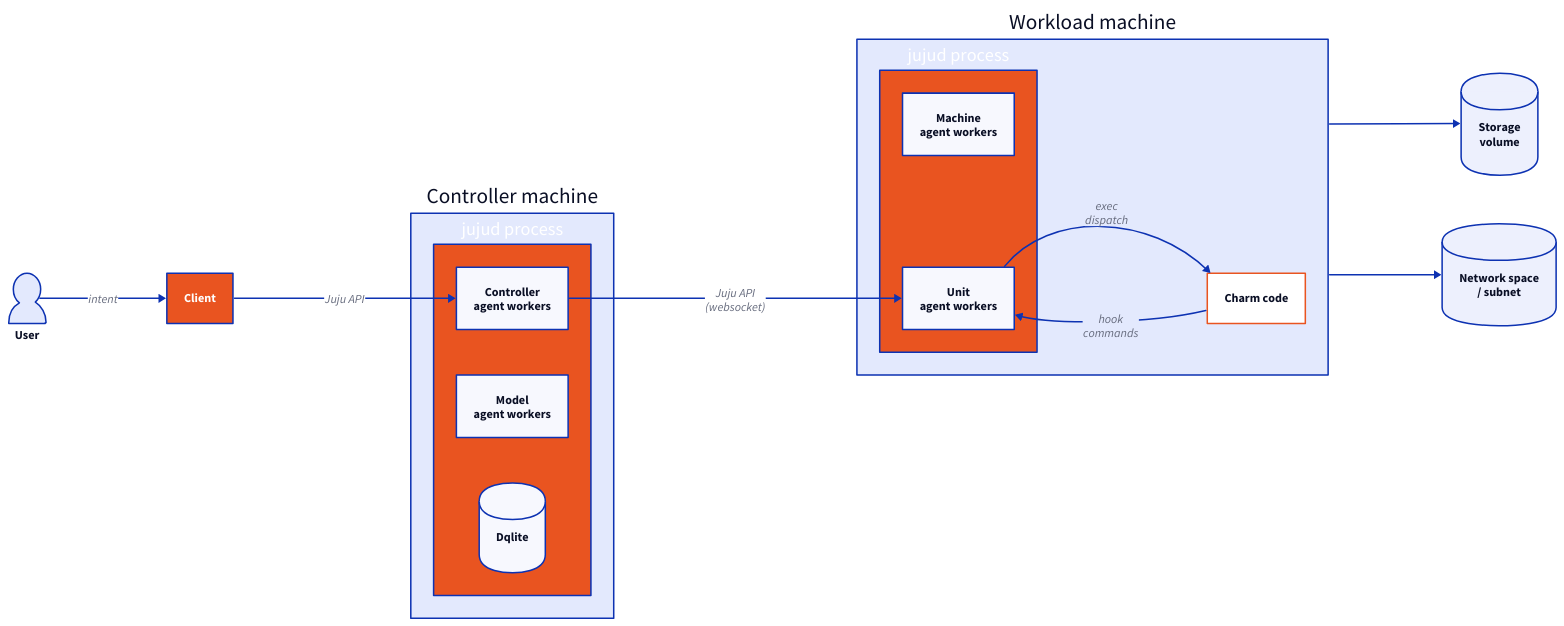
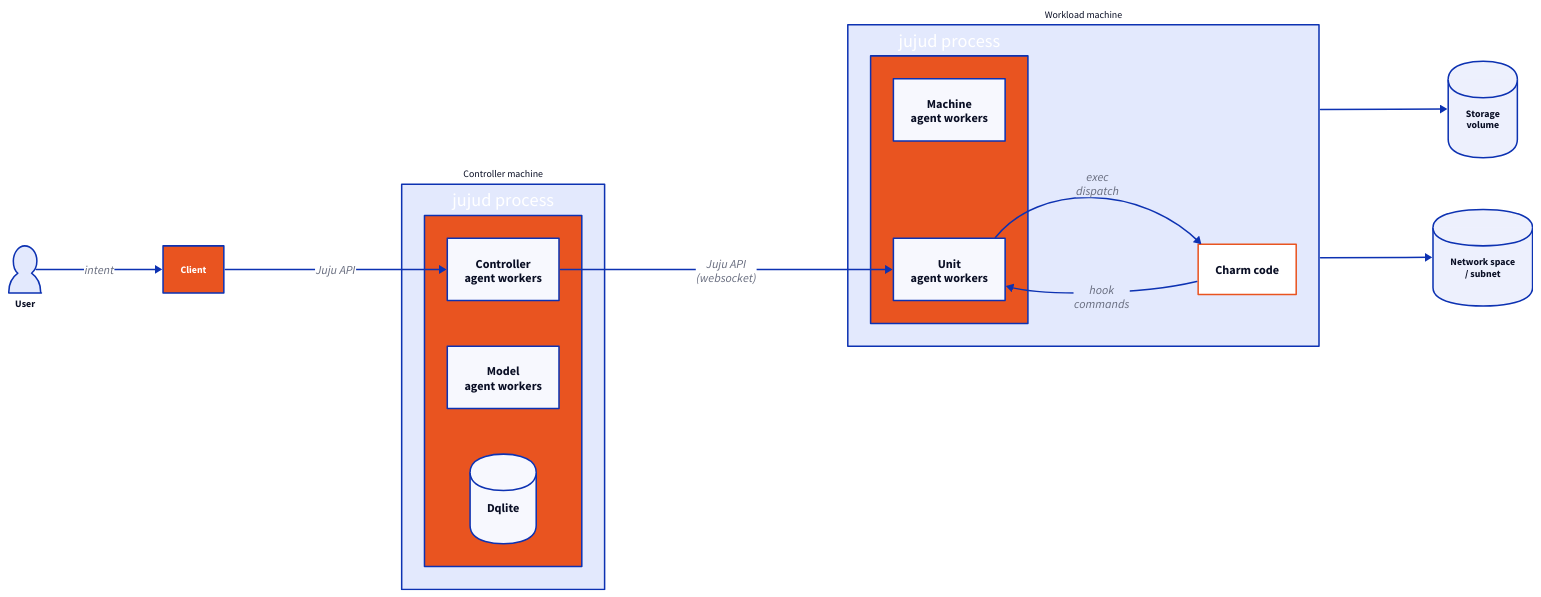
Before and after one commit to juju/juju: the second of 11 diagrams in docs/explanation/architecture.md, drawn with D2. The commit also changed other lines of this file and 1 other file, not shown here.

Commit message:
build(docs): fix lightbox groups and increase diagram font size
Extension (v0.4.0):
- Bypass lightbox2 node visitor; emit raw HTML with per-diagram unique
  lightbox group names (d2-<hash>-light, d2-<hash>-dark)
- Light and dark variants of the same diagram are in separate groups
  so lightbox > never jumps between mode variants
- Wrap both variants in only-light/only-dark divs for CSS switching
- Add urllib.parse import for correct URI encoding

Diagrams:
- Set *.style.font-size: 13 globally in both diagrams for larger text

````diff
--- a/docs/explanation/architecture.md
+++ b/docs/explanation/architecture.md
@@ -162,45 +164,47 @@
 ```{d2}
 direction: right
+
+*.style.font-size: 13
 
 user.shape: person
 user.label: "User"
 
 client: "Client" {
   style.fill: "#E95420"
   style.font-color: white
 }
 
 controller_machine: "Controller machine" {
   jujud_ctrl: "jujud process" {
     style.fill: "#E95420"
     style.font-color: white
     ca: "Controller\nagent workers"
     ma: "Model\nagent workers"
     db: "Dqlite" {shape: cylinder}
   }
 }
 
 workload_machine: "Workload machine" {
   jujud_unit: "jujud process" {
     style.fill: "#E95420"
     style.font-color: white
     mach_a: "Machine\nagent workers"
     unit_a: "Unit\nagent workers"
   }
   charm: "Charm code" {
     style.fill: white
     style.stroke: "#E95420"
   }
 }
 
 storage: "Storage\nvolume" {shape: cylinder}
 network: "Network space\n/ subnet" {shape: cylinder}
 
 user -> client: "intent"
 client -> controller_machine.jujud_ctrl.ca: "Juju API"
 controller_machine.jujud_ctrl.ca -> workload_machine.jujud_unit.unit_a: "Juju API\n(websocket)"
 workload_machine.jujud_unit.unit_a -> workload_machine.charm: "exec\ndispatch"
 workload_machine.charm -> workload_machine.jujud_unit.unit_a: "hook\ncommands"
 workload_machine -> storage
 workload_machine -> network
 ```
````
